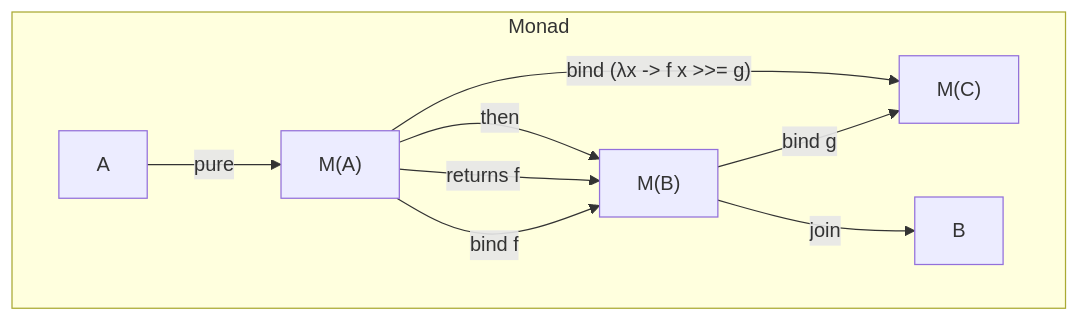
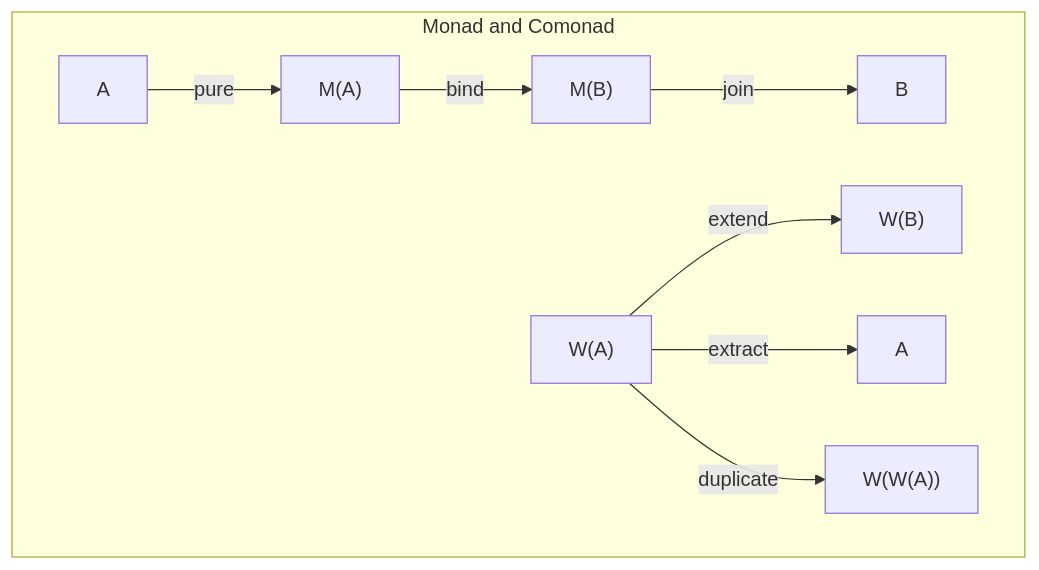
One commit to but212/rustica changed the sixth of 11 diagrams in docs/category_theory.md. Above: the diagram before and after it, drawn with Mermaid. The commit also changed other lines of this file and 45 other files, not shown here.

````diff
--- a/docs/category_theory.md
+++ b/docs/category_theory.md
@@ -249,12 +180,13 @@
 ```mermaid
 flowchart TB
-    subgraph "Monad"
-        A["A"] --> |"pure"| MA["M(A)"]
-        MA --> |"bind f"| MB["M(B)"]
-        MB --> |"bind g"| MC["M(C)"]
-        MA --> |"bind (λx -> f x >>= g)"| MC
-        MA --> |"returns f"| MB
-        MA --> |"then"| MB
-        MB --> |"join"| B["B"]
+    subgraph "Monad and Comonad"
+        direction LR
+        A["A"] -->|"pure"| MA["M(A)"]
+        MA -->|"bind"| MB["M(B)"]
+        MB -->|"join"| B["B"]
+        
+        WA["W(A)"] -->|"extend"| WB["W(B)"]
+        WA -->|"extract"| A2["A"]
+        WA -->|"duplicate"| WWA["W(W(A))"]
     end
 ```
````
